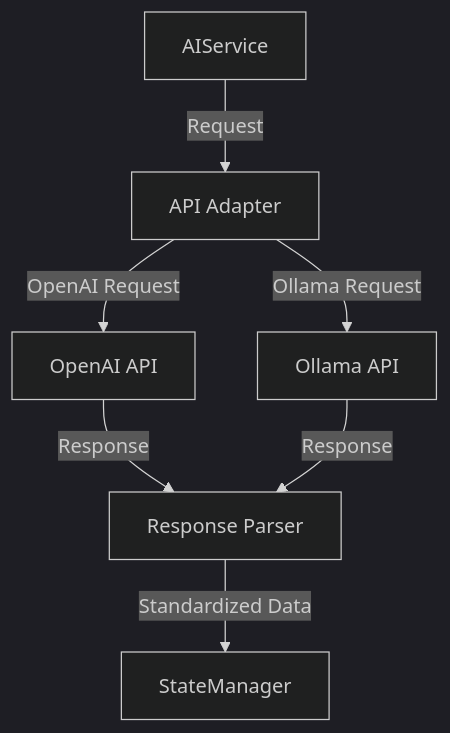
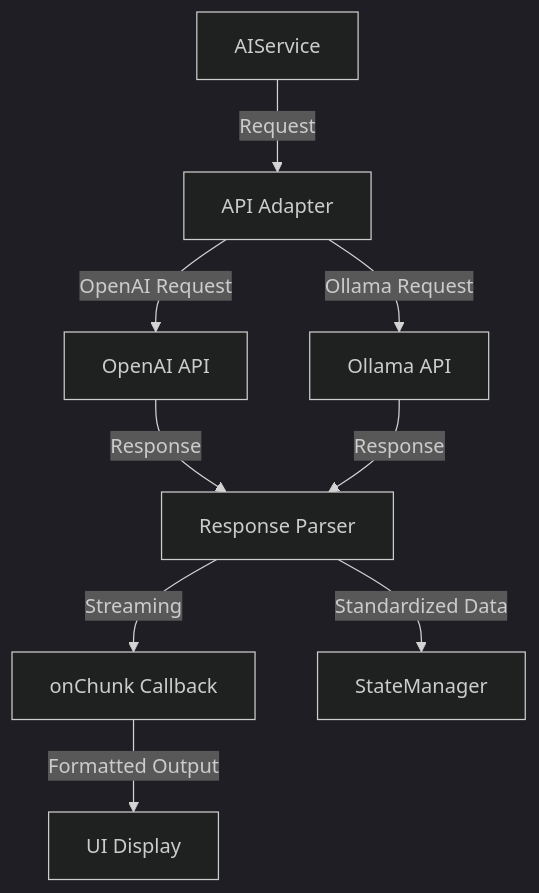
Before and after one commit to habib256/jodotarot: the third of 3 diagrams in docs/architecture/flux-donnees.md, drawn with Mermaid (dark theme). The commit also changed other lines of this file and 27 other files, not shown here.

````diff
--- a/docs/architecture/flux-donnees.md
+++ b/docs/architecture/flux-donnees.md
@@ -314,9 +343,11 @@
 ```mermaid
 graph TD
     A[AIService] -->|Request| B[API Adapter]
     B -->|OpenAI Request| C[OpenAI API]
     B -->|Ollama Request| D[Ollama API]
     C -->|Response| E[Response Parser]
     D -->|Response| E
-    E -->|Standardized Data| F[StateManager]
+    E -->|Streaming| F[onChunk Callback]
+    F -->|Formatted Output| G[UI Display]
+    E -->|Standardized Data| H[StateManager]
 ```
````
